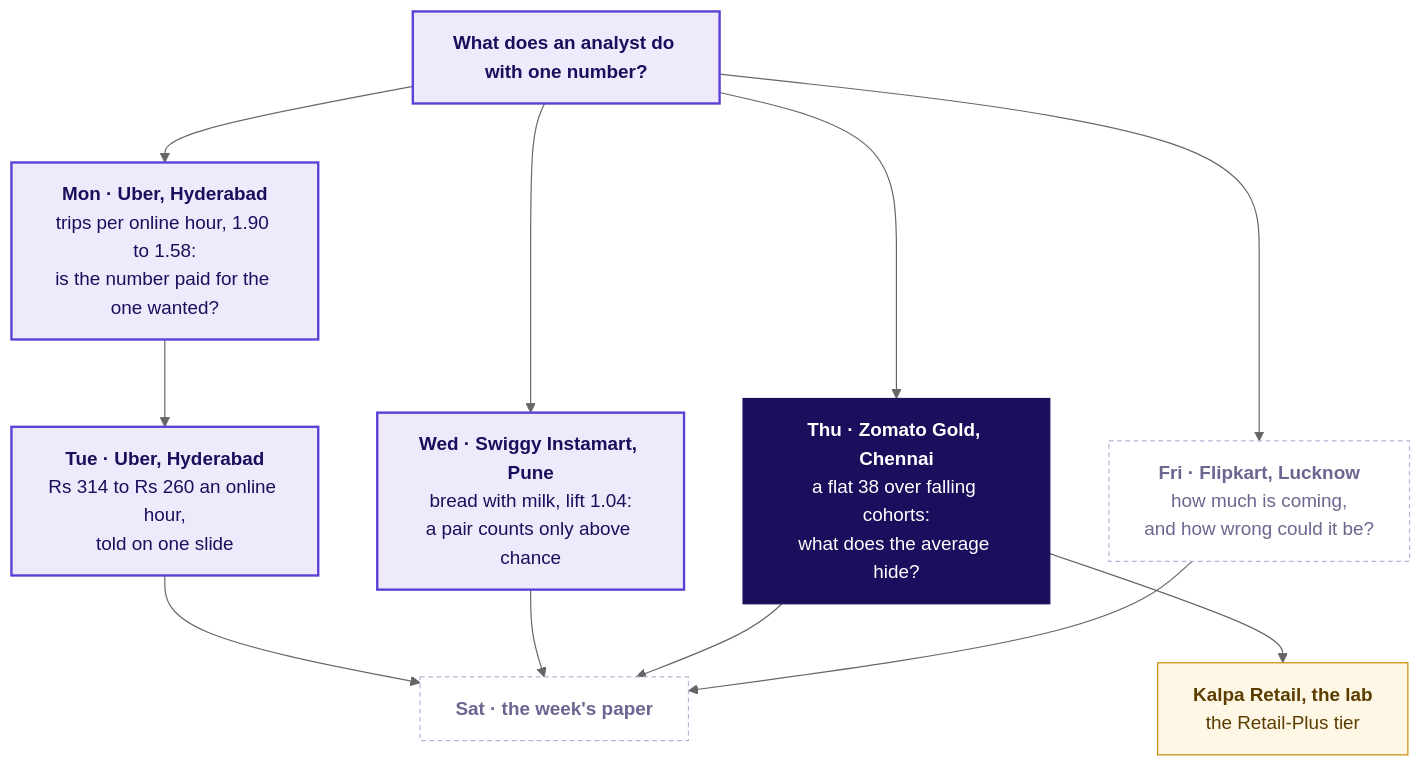
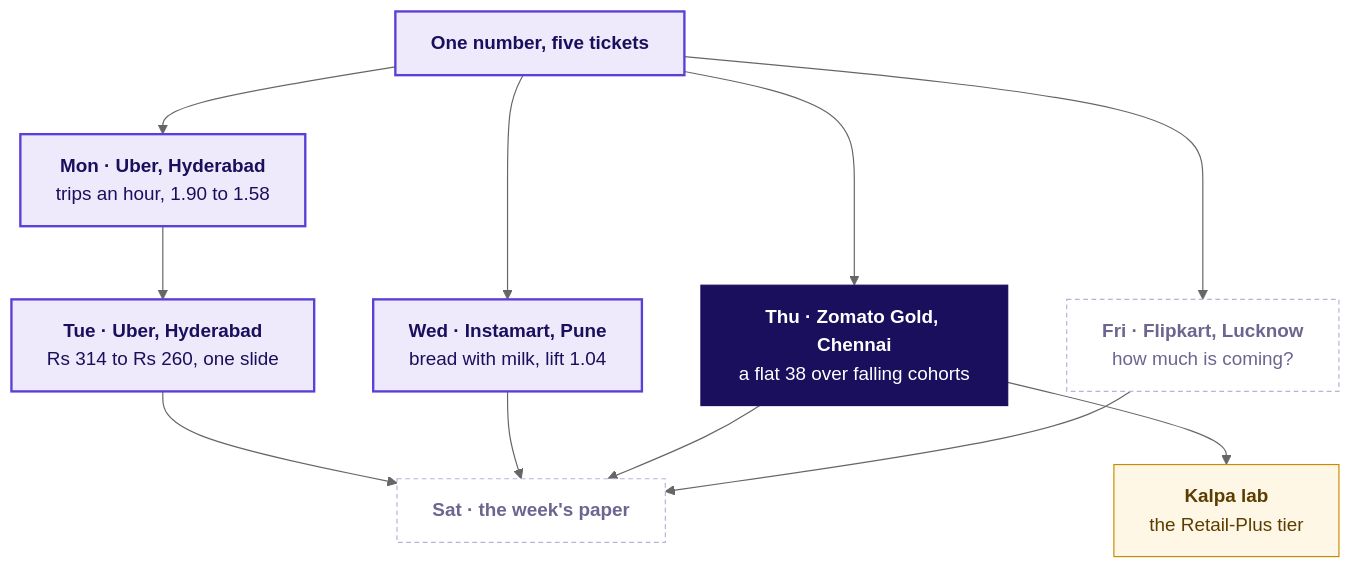
The first of 6 diagrams in content/W04/D4/slides/C2_W04_D04_half1_STUDENT.md (fde-academy-lab/c2-content-factory), drawn with Mermaid (neutral theme) before and after one commit. The commit also changed 1 other file, not shown here.

Commit message:
Week 4 Thursday: the week map carries two short lines a node so it prints at a readable size
Slide two's map printed its labels at 8.3 points; each node now keeps its day, its company and the
number the room earned on it, on two lines.

Claude-Session: https://claude.ai/code/session_01P7zaoR4dQ5pzBFnsX549JQ

````diff
--- a/content/W04/D4/slides/C2_W04_D04_half1_STUDENT.md
+++ b/content/W04/D4/slides/C2_W04_D04_half1_STUDENT.md
@@ -42,28 +42,28 @@
 ```mermaid
 flowchart TD
-    C["<b>What does an analyst do with one number?</b>"]
-    M["<b>Mon · Uber, Hyderabad</b><br/>trips per online hour, 1.90 to 1.58:<br/>is the number paid for the one wanted?"]
-    T["<b>Tue · Uber, Hyderabad</b><br/>Rs 314 to Rs 260 an online hour,<br/>told on one slide"]
-    W["<b>Wed · Swiggy Instamart, Pune</b><br/>bread with milk, lift 1.04:<br/>a pair counts only above chance"]
-    H["<b>Thu · Zomato Gold, Chennai</b><br/>a flat 38 over falling cohorts:<br/>what does the average hide?"]
-    F["<b>Fri · Flipkart, Lucknow</b><br/>how much is coming,<br/>and how wrong could it be?"]
+    C["<b>One number, five tickets</b>"]
+    M["<b>Mon · Uber, Hyderabad</b><br/>trips an hour, 1.90 to 1.58"]
+    T["<b>Tue · Uber, Hyderabad</b><br/>Rs 314 to Rs 260, one slide"]
+    W["<b>Wed · Instamart, Pune</b><br/>bread with milk, lift 1.04"]
+    H["<b>Thu · Zomato Gold, Chennai</b><br/>a flat 38 over falling cohorts"]
+    F["<b>Fri · Flipkart, Lucknow</b><br/>how much is coming?"]
     S["<b>Sat · the week's paper</b>"]
-    K["<b>Kalpa Retail, the lab</b><br/>the Retail-Plus tier"]
+    K["<b>Kalpa lab</b><br/>the Retail-Plus tier"]
     C --> M --> T
     C --> W
     C --> H
     C --> F
     H --> K
     T --> S
     W --> S
     H --> S
     F --> S
     classDef lit fill:#1A0F5C,stroke:#1A0F5C,color:#FFFFFF
     classDef known fill:#EEEAFB,stroke:#5B3FD6,color:#1A0F5C,stroke-width:2px
     classDef unknown fill:#FFFFFF,stroke:#B8B2D6,color:#6B6690,stroke-dasharray:4 3
     classDef kalpa fill:#FFF7E6,stroke:#C98A00,color:#5C3D00
     class C,M,T,W known
     class H lit
     class F,S unknown
     class K kalpa
 ```
````
